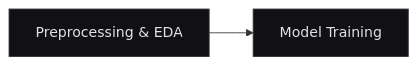
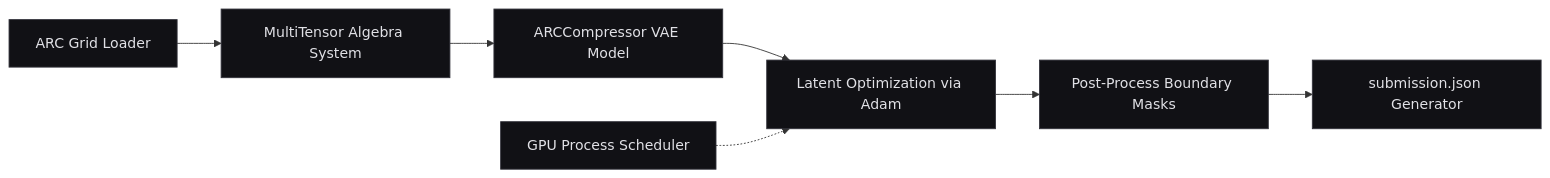
The diagram in README.md (RAFIRE-ESSE/ARC-Prize-2024-Human-Calibrated-Problems), drawn with Mermaid before and after one commit. The commit also changed other lines of this file, not shown here.

````diff
--- a/README.md
+++ b/README.md
@@ -18,8 +29,16 @@
 ```mermaid
 flowchart LR
-    EDA[Preprocessing & EDA]
-    Training[Model Training]
-    EDA --> Training
-    style EDA fill:#111115,stroke:#33333b,stroke-width:1px,color:#e1e1e6
-    style Training fill:#111115,stroke:#33333b,stroke-width:1px,color:#e1e1e6
+    Loader[ARC Grid Loader] --> Algebra[MultiTensor Algebra System]
+    Algebra --> Model[ARCCompressor VAE Model]
+    Model --> Train[Latent Optimization via Adam]
+    Train --> Post[Post-Process Boundary Masks]
+    Post --> Sub[submission.json Generator]
+    Scheduler[GPU Process Scheduler] -.-> Train
+    style Loader fill:#111115,stroke:#33333b,stroke-width:1px,color:#e1e1e6
+    style Algebra fill:#111115,stroke:#33333b,stroke-width:1px,color:#e1e1e6
+    style Model fill:#111115,stroke:#33333b,stroke-width:1px,color:#e1e1e6
+    style Train fill:#111115,stroke:#33333b,stroke-width:1px,color:#e1e1e6
+    style Post fill:#111115,stroke:#33333b,stroke-width:1px,color:#e1e1e6
+    style Sub fill:#111115,stroke:#33333b,stroke-width:1px,color:#e1e1e6
+    style Scheduler fill:#111115,stroke:#33333b,stroke-width:1px,color:#e1e1e6
 ```
````
